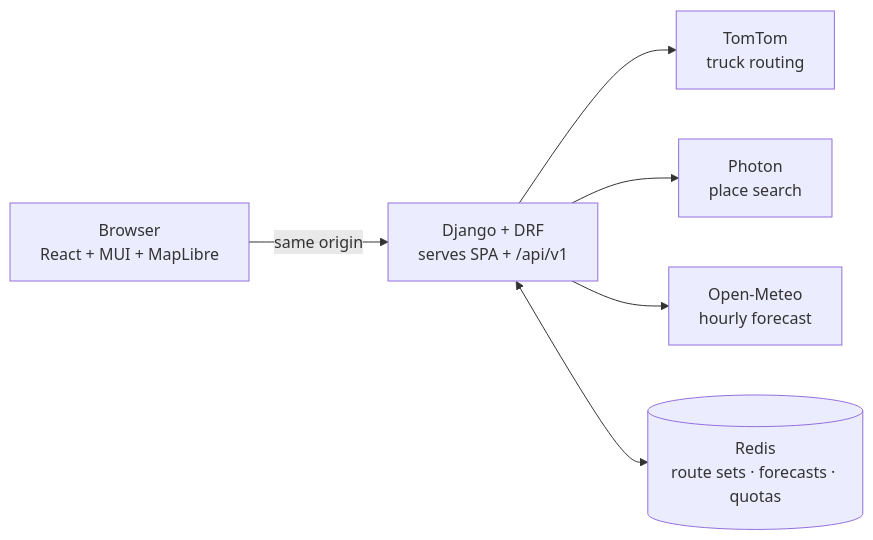
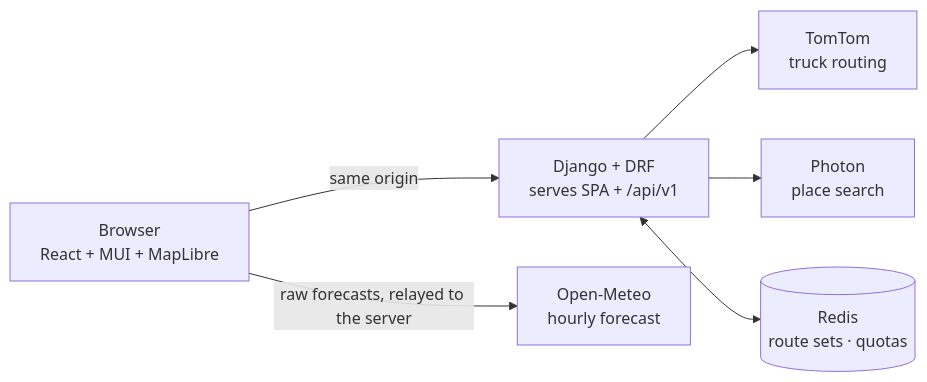
The diagram in README.md (ayushh0110/full-stack-assessment), drawn with Mermaid before and after one commit. The commit also changed other lines of this file and 16 other files, not shown here.

First line of the commit message:
Fetch forecasts in the browser; find a truly different third route

````diff
--- a/README.md
+++ b/README.md
@@ -49,8 +49,8 @@
 ```mermaid
 flowchart LR
   B[Browser<br/>React + MUI + MapLibre] -- same origin --> W[Django + DRF<br/>serves SPA + /api/v1]
   W --> TT[TomTom<br/>truck routing]
   W --> PH[Photon<br/>place search]
-  W --> OM[Open-Meteo<br/>hourly forecast]
-  W <--> R[(Redis<br/>route sets · forecasts · quotas)]
+  W <--> R[(Redis<br/>route sets · quotas)]
+  B -- raw forecasts, relayed to the server --> OM[Open-Meteo<br/>hourly forecast]
 ```
````
